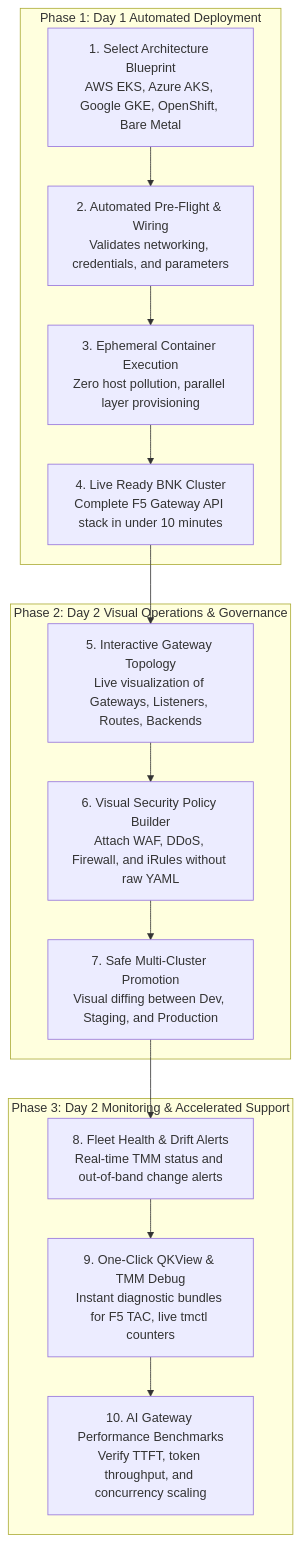
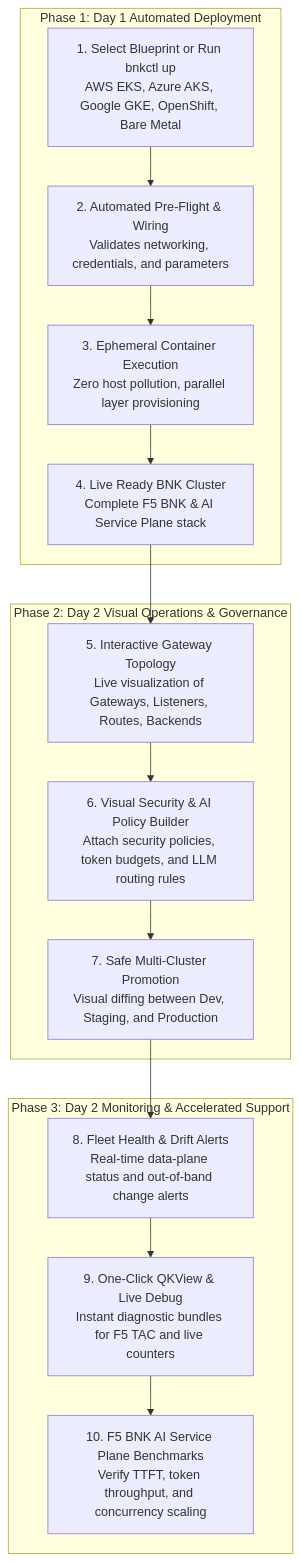
The second of 3 diagrams in README.md (JLCode-tech/bnk-forge), drawn with Mermaid before and after one commit. The commit also changed other lines of this file and 18 other files, not shown here.

Commit message:
docs: align front README, visual tour, F5 BNK AI Service Plane terminology, and bnkctl integration

````diff
--- a/README.md
+++ b/README.md
@@ -175,27 +228,27 @@
 ```mermaid
 flowchart TD
     subgraph Phase1["Phase 1: Day 1 Automated Deployment"]
-        Step1["1. Select Architecture Blueprint\nAWS EKS, Azure AKS, Google GKE, OpenShift, Bare Metal"]
+        Step1["1. Select Blueprint or Run bnkctl up\nAWS EKS, Azure AKS, Google GKE, OpenShift, Bare Metal"]
         Step2["2. Automated Pre-Flight & Wiring\nValidates networking, credentials, and parameters"]
         Step3["3. Ephemeral Container Execution\nZero host pollution, parallel layer provisioning"]
-        Step4["4. Live Ready BNK Cluster\nComplete F5 Gateway API stack in under 10 minutes"]
+        Step4["4. Live Ready BNK Cluster\nComplete F5 BNK & AI Service Plane stack"]
         Step1 --> Step2 --> Step3 --> Step4
     end
 
     subgraph Phase2["Phase 2: Day 2 Visual Operations & Governance"]
         Step5["5. Interactive Gateway Topology\nLive visualization of Gateways, Listeners, Routes, Backends"]
-        Step6["6. Visual Security Policy Builder\nAttach WAF, DDoS, Firewall, and iRules without raw YAML"]
+        Step6["6. Visual Security & AI Policy Builder\nAttach security policies, token budgets, and LLM routing rules"]
         Step7["7. Safe Multi-Cluster Promotion\nVisual diffing between Dev, Staging, and Production"]
         Step5 --> Step6 --> Step7
     end
 
     subgraph Phase3["Phase 3: Day 2 Monitoring & Accelerated Support"]
-        Step8["8. Fleet Health & Drift Alerts\nReal-time TMM status and out-of-band change alerts"]
-        Step9["9. One-Click QKView & TMM Debug\nInstant diagnostic bundles for F5 TAC, live tmctl counters"]
-        Step10["10. AI Gateway Performance Benchmarks\nVerify TTFT, token throughput, and concurrency scaling"]
+        Step8["8. Fleet Health & Drift Alerts\nReal-time data-plane status and out-of-band change alerts"]
+        Step9["9. One-Click QKView & Live Debug\nInstant diagnostic bundles for F5 TAC and live counters"]
+        Step10["10. F5 BNK AI Service Plane Benchmarks\nVerify TTFT, token throughput, and concurrency scaling"]
         Step8 --> Step9 --> Step10
     end
 
     Step4 --> Step5
     Step7 --> Step8
 ```
````
